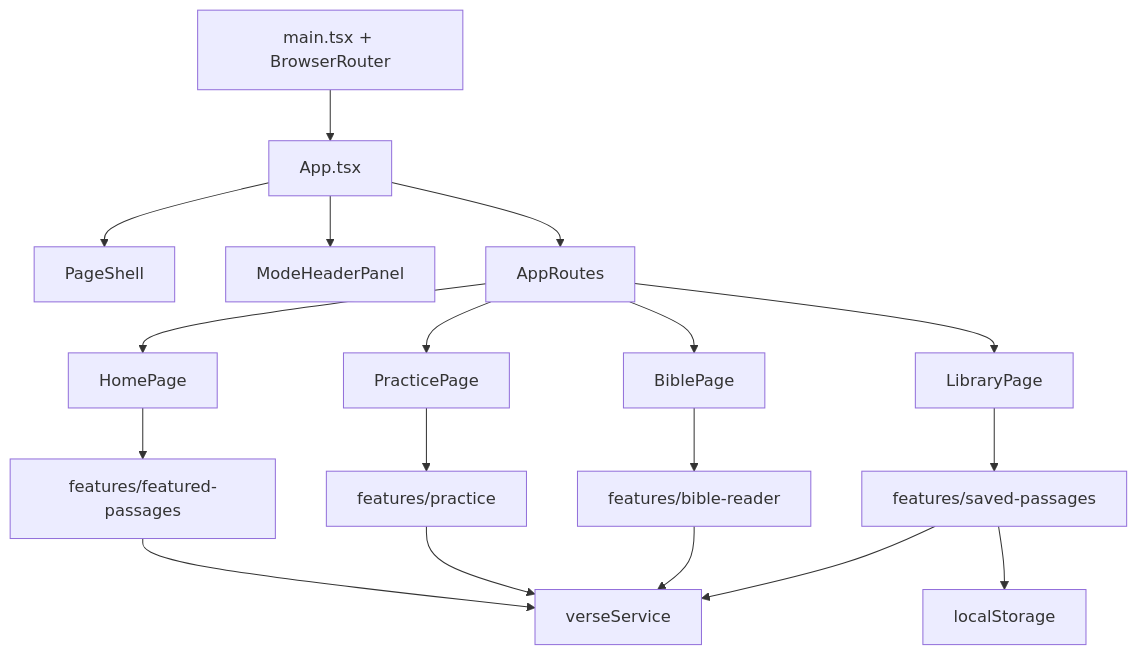
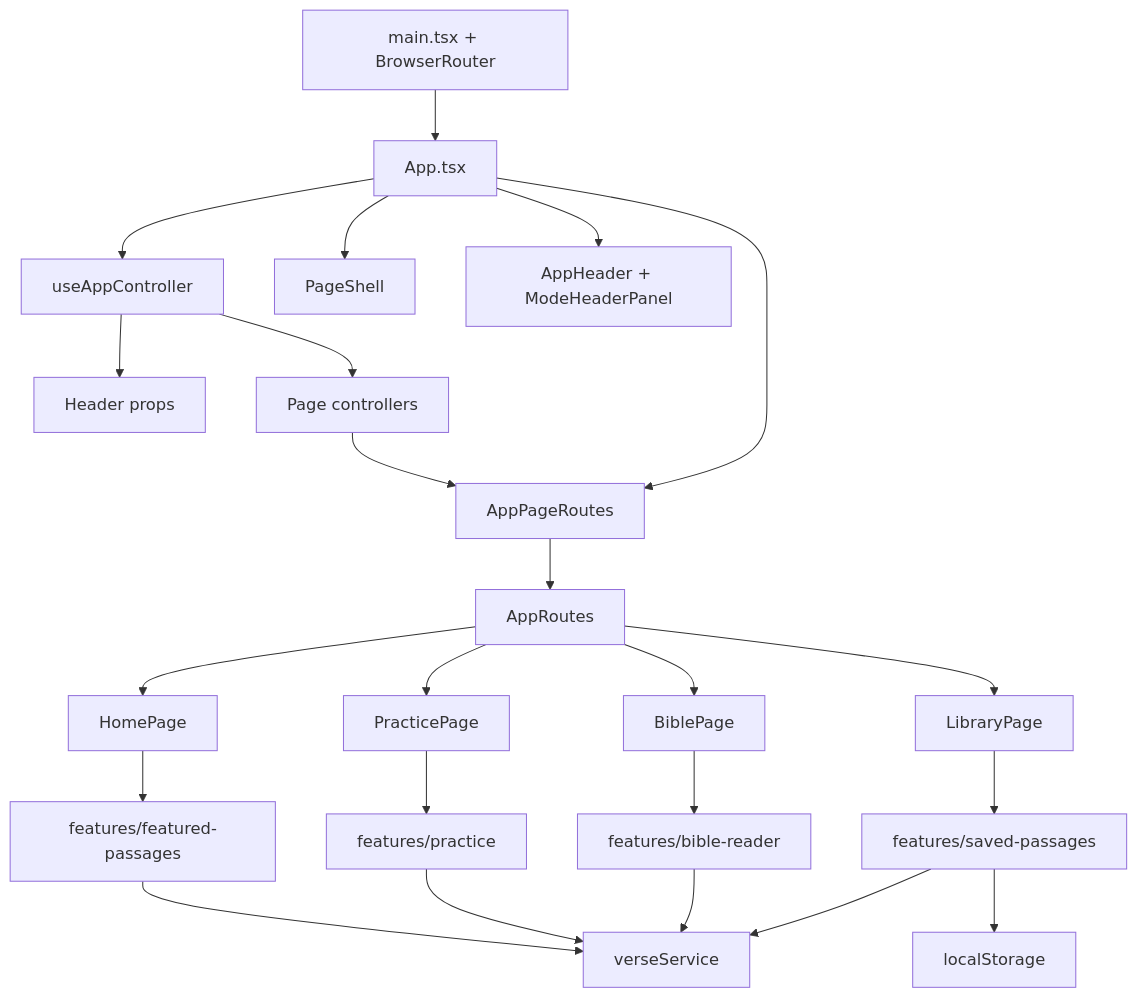
The diagram in The-Word-per-Minute/docs/documentation.md (eirikenriquez/The-Word-per-Minute), drawn with Mermaid before and after one commit. The commit also changed other lines of this file and 1 other file, not shown here.

Commit message:
Update architecture documentation

````diff
--- a/The-Word-per-Minute/docs/documentation.md
+++ b/The-Word-per-Minute/docs/documentation.md
@@ -359,20 +408,25 @@
 ```mermaid
 flowchart TD
   main["main.tsx + BrowserRouter"] --> app["App.tsx"]
+  app --> controller["useAppController"]
   app --> shell["PageShell"]
-  app --> header["ModeHeaderPanel"]
-  app --> routes["AppRoutes"]
+  controller --> headerController["Header props"]
+  controller --> pageControllers["Page controllers"]
+  app --> header["AppHeader + ModeHeaderPanel"]
+  app --> pageRoutes["AppPageRoutes"]
+  pageControllers --> pageRoutes
+  pageRoutes --> routes["AppRoutes"]
   routes --> home["HomePage"]
   routes --> practice["PracticePage"]
   routes --> bible["BiblePage"]
   routes --> library["LibraryPage"]
   home --> featured["features/featured-passages"]
   practice --> practiceFeature["features/practice"]
   bible --> bibleFeature["features/bible-reader"]
   library --> savedFeature["features/saved-passages"]
   featured --> verseService["verseService"]
   practiceFeature --> verseService
   bibleFeature --> verseService
   savedFeature --> verseService
   savedFeature --> localStorage["localStorage"]
 ```
````
